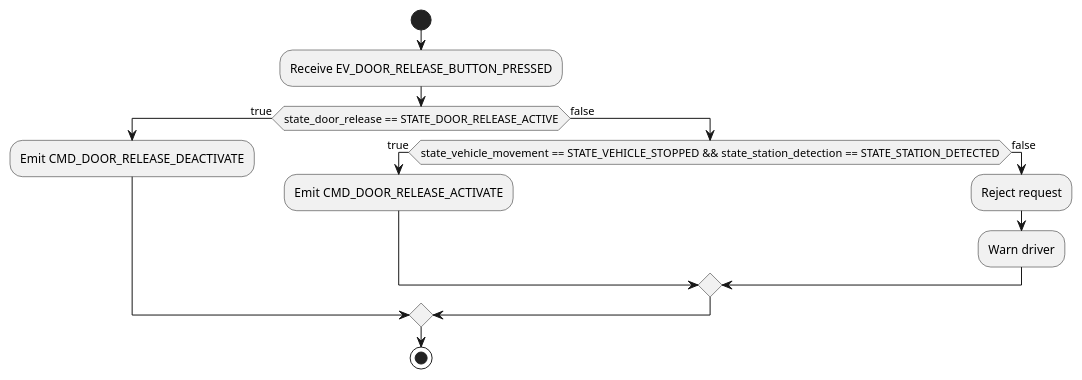
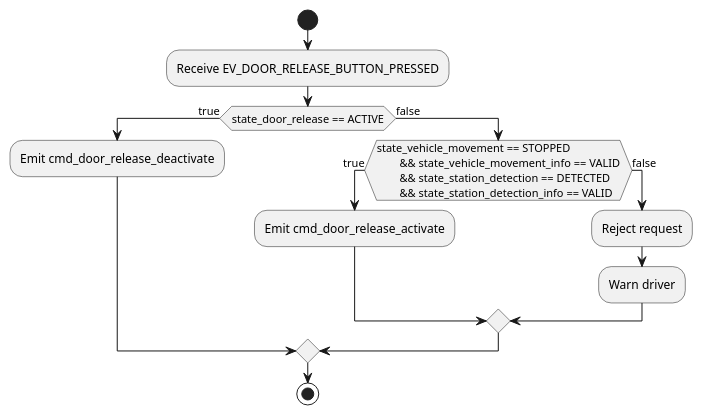
The diagram in docs/models/activity_diagrams/node-door-controller/door_release_supervisor_activity.puml (paetzholdt/CANRepo), drawn with PlantUML before and after one commit. The commit also changed 7 other files, not shown here.

```diff
--- a/docs/models/activity_diagrams/node-door-controller/door_release_supervisor_activity.puml
+++ b/docs/models/activity_diagrams/node-door-controller/door_release_supervisor_activity.puml
@@ -1,27 +1,30 @@
 @startuml door_release_supervisor_activity
 
 
 start
 
 :Receive EV_DOOR_RELEASE_BUTTON_PRESSED;
 
-if (state_door_release == STATE_DOOR_RELEASE_ACTIVE) then (true)
-    :Emit CMD_DOOR_RELEASE_DEACTIVATE;
+if (state_door_release == ACTIVE) then (true)
+    :Emit cmd_door_release_deactivate;
 
 else (false) 
-    if (state_vehicle_movement == STATE_VEHICLE_STOPPED && state_station_detection == STATE_STATION_DETECTED) then (true)
-        :Emit CMD_DOOR_RELEASE_ACTIVATE;
+    if (state_vehicle_movement == STOPPED
+        && state_vehicle_movement_info == VALID
+        && state_station_detection == DETECTED
+        && state_station_detection_info == VALID) then (true)
+        :Emit cmd_door_release_activate;
 
     else (false)
         :Reject request;
         :Warn driver;
 
     endif
 
 endif
 
 stop
 
 
 
 @enduml
```
